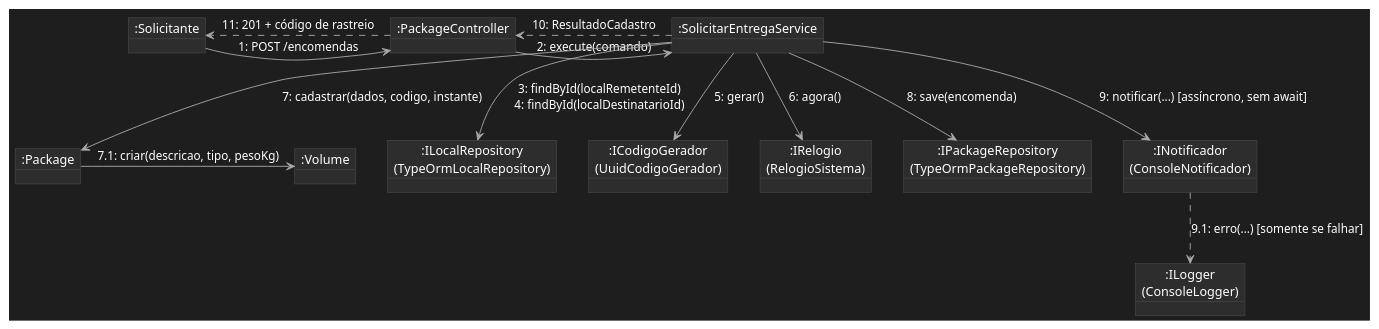
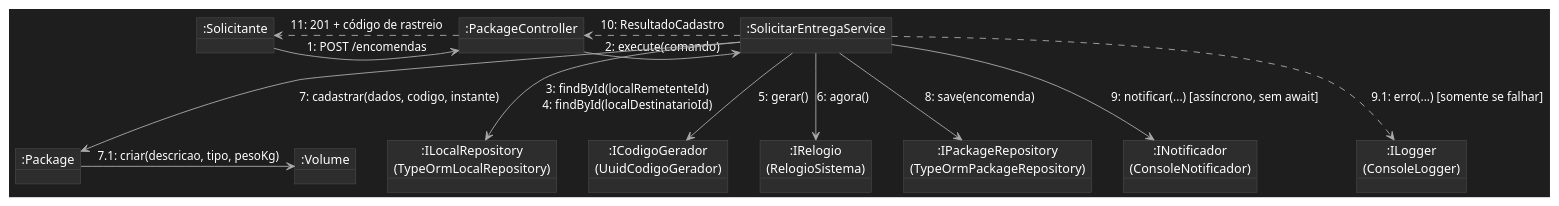
Before and after one commit to SeltonMiranda/DesignDeSoftware: the diagram in docs/diagramas/comunicacao.puml, drawn with PlantUML. The commit also changed 1 other file, not shown here.

Commit message:
docs: corrige responsabilidade do logger nos diagramas UML

```diff
--- a/docs/diagramas/comunicacao.puml
+++ b/docs/diagramas/comunicacao.puml
@@ -1,44 +1,44 @@
 @startuml
 ' Diagrama de comunicação — cadastro de encomenda (POST /encomendas)
 
 skinparam backgroundColor #1E1E1E
 skinparam defaultFontColor #FFFFFF
 skinparam ArrowColor #AAAAAA
 skinparam shadowing false
 skinparam object {
     BackgroundColor #2D2D2D
     BorderColor #555555
     FontColor #FFFFFF
 }
 skinparam actor {
     BackgroundColor #2D2D2D
     BorderColor #555555
     FontColor #FFFFFF
 }
 
 object ":Solicitante" as Solicitante
 object ":PackageController" as Ctrl
 object ":SolicitarEntregaService" as Service
 object ":ILocalRepository\n(TypeOrmLocalRepository)" as LocalRepo
 object ":ICodigoGerador\n(UuidCodigoGerador)" as Cod
 object ":IRelogio\n(RelogioSistema)" as Rel
 object ":Package" as Pkg
 object ":Volume" as Vol
 object ":IPackageRepository\n(TypeOrmPackageRepository)" as Repo
 object ":INotificador\n(ConsoleNotificador)" as Notif
 object ":ILogger\n(ConsoleLogger)" as Log
 
 Solicitante -right-> Ctrl : 1: POST /encomendas
 Ctrl -right-> Service : 2: execute(comando)
 Service -down-> LocalRepo : 3: findById(localRemetenteId)\n4: findById(localDestinatarioId)
 Service -down-> Cod : 5: gerar()
 Service -down-> Rel : 6: agora()
 Service -down-> Pkg : 7: cadastrar(dados, codigo, instante)
 Pkg -right-> Vol : 7.1: criar(descricao, tipo, pesoKg)
 Service -down-> Repo : 8: save(encomenda)
 Service -down-> Notif : 9: notificar(...) [assíncrono, sem await]
-Notif ..> Log : 9.1: erro(...) [somente se falhar]
+Service ..> Log : 9.1: erro(...) [somente se falhar]
 Service ..> Ctrl : 10: ResultadoCadastro
 Ctrl ..> Solicitante : 11: 201 + código de rastreio
 
 @enduml
```
